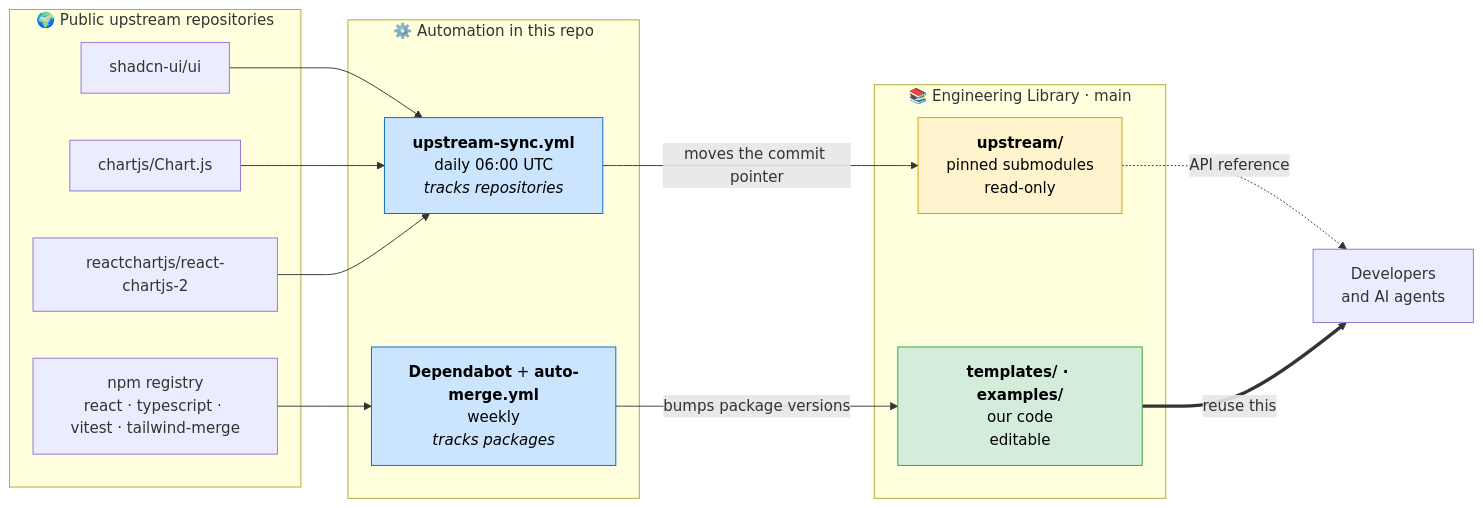
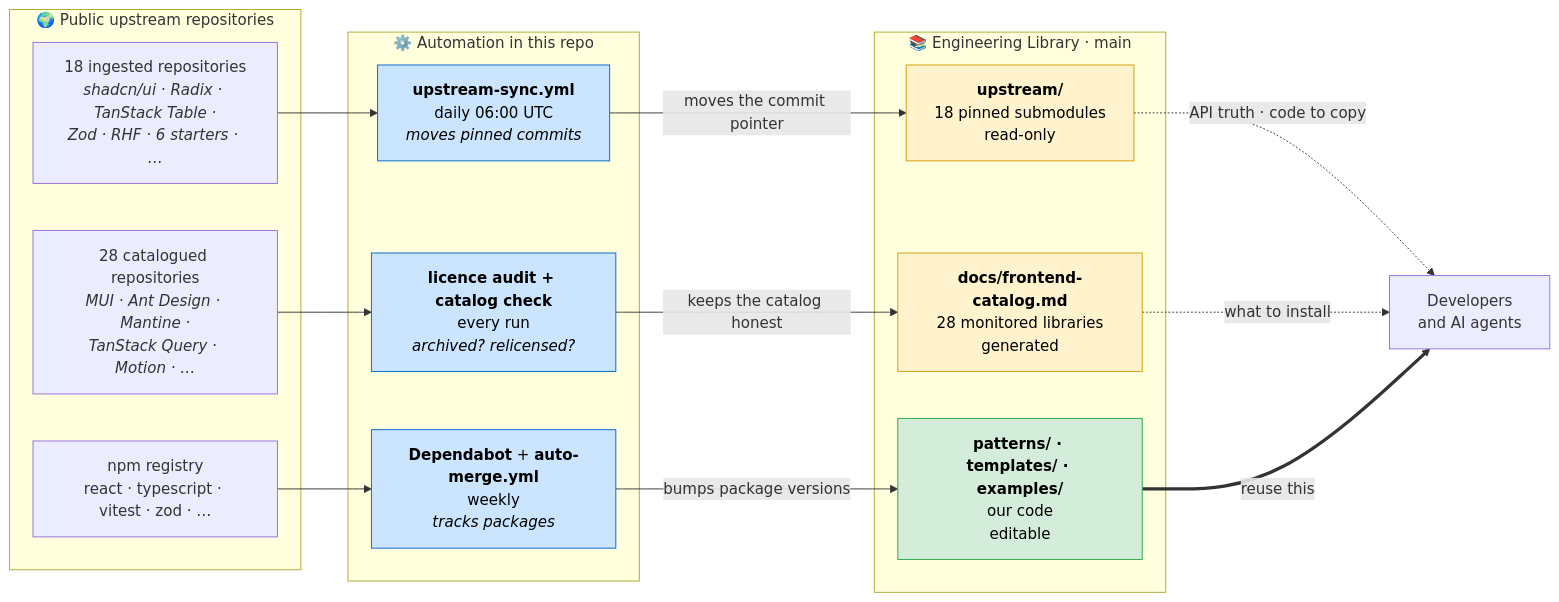
The first of 4 diagrams in README.md (wortholicai-hub/engineering-library), drawn with Mermaid before and after one commit. The commit also changed other lines of this file and 8 other files, not shown here.

First line of the commit message:
docs: publish the frontend catalog and the stack guide

````diff
--- a/README.md
+++ b/README.md
@@ -155,33 +219,39 @@
 ```mermaid
 flowchart LR
     subgraph PUBLIC["🌍 Public upstream repositories"]
-        U1["shadcn-ui/ui"]
-        U2["chartjs/Chart.js"]
-        U3["reactchartjs/react-chartjs-2"]
-        NPM["npm registry<br/>react · typescript · vitest · tailwind-merge"]
+        U1["18 ingested repositories<br/><i>shadcn/ui · Radix · TanStack Table ·<br/>Zod · RHF · 6 starters · …</i>"]
+        U2["28 catalogued repositories<br/><i>MUI · Ant Design · Mantine ·<br/>TanStack Query · Motion · …</i>"]
+        NPM["npm registry<br/>react · typescript · vitest · zod · …"]
     end
 
     subgraph AUTOMATION["⚙️ Automation in this repo"]
-        SYNC["<b>upstream-sync.yml</b><br/>daily 06:00 UTC<br/><i>tracks repositories</i>"]
+        SYNC["<b>upstream-sync.yml</b><br/>daily 06:00 UTC<br/><i>moves pinned commits</i>"]
+        WATCH["<b>licence audit + catalog check</b><br/>every run<br/><i>archived? relicensed?</i>"]
         DEPS["<b>Dependabot</b> + <b>auto-merge.yml</b><br/>weekly<br/><i>tracks packages</i>"]
     end
 
     subgraph LIB["📚 Engineering Library · main"]
-        UP["<b>upstream/</b><br/>pinned submodules<br/>read-only"]
-        INT["<b>templates/ · examples/</b><br/>our code<br/>editable"]
+        UP["<b>upstream/</b><br/>18 pinned submodules<br/>read-only"]
+        CAT["<b>docs/frontend-catalog.md</b><br/>28 monitored libraries<br/>generated"]
+        INT["<b>patterns/ · templates/ · examples/</b><br/>our code<br/>editable"]
     end
 
     DEV["Developers<br/>and AI agents"]
 
-    U1 & U2 & U3 --> SYNC
+    U1 --> SYNC
+    U2 --> WATCH
     NPM --> DEPS
     SYNC -->|"moves the commit pointer"| UP
+    WATCH -->|"keeps the catalog honest"| CAT
     DEPS -->|"bumps package versions"| INT
-    UP -.->|"API reference"| DEV
+    UP -.->|"API truth · code to copy"| DEV
+    CAT -.->|"what to install"| DEV
     INT ==>|"reuse this"| DEV
 
     style UP fill:#fff3cd,stroke:#d39e00,color:#000
+    style CAT fill:#fff3cd,stroke:#d39e00,color:#000
     style INT fill:#d4edda,stroke:#28a745,color:#000
     style SYNC fill:#cce5ff,stroke:#0066cc,color:#000
+    style WATCH fill:#cce5ff,stroke:#0066cc,color:#000
     style DEPS fill:#cce5ff,stroke:#0066cc,color:#000
 ```
````
